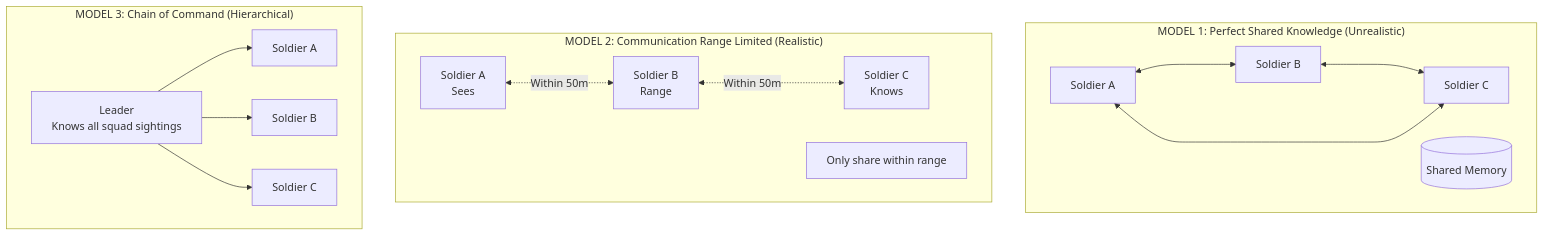
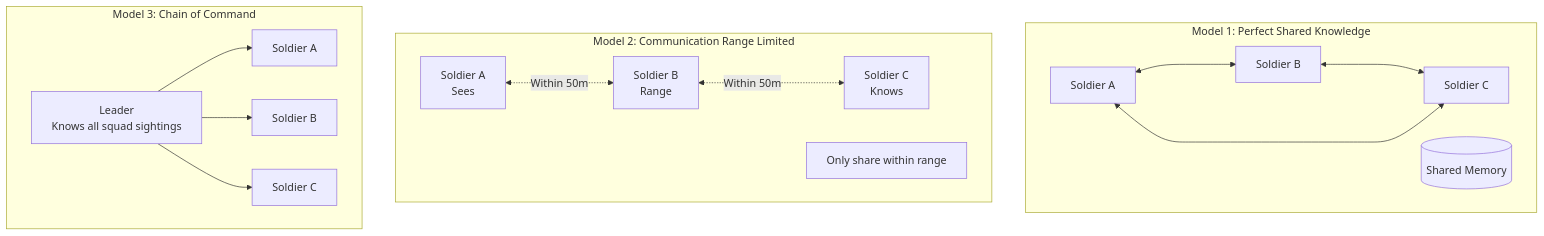
The fourth of 6 diagrams in chapter_14_ai_systems.md (jukofyork/close-combat-architecture-study), drawn with Mermaid before and after one commit. The commit also changed other lines of this file and 5 other files, not shown here.

````diff
--- a/chapter_14_ai_systems.md
+++ b/chapter_14_ai_systems.md
@@ -504,25 +504,25 @@
 ```mermaid
 flowchart TB
-    subgraph MODEL1["MODEL 1: Perfect Shared Knowledge (Unrealistic)"]
+    subgraph MODEL1["Model 1: Perfect Shared Knowledge"]
         A1[Soldier A] <---> B1[Soldier B]
         B1 <---> C1[Soldier C]
         A1 <---> C1
         SM1[(Shared Memory)]
     end
 
-    subgraph MODEL2["MODEL 2: Communication Range Limited (Realistic)"]
+    subgraph MODEL2["Model 2: Communication Range Limited"]
         A2[Soldier A<br>Sees] <-.->|Within 50m| B2[Soldier B<br>Range]
         B2 <-.->|Within 50m| C2[Soldier C<br>Knows]
         note["Only share within range"]
     end
 
-    subgraph MODEL3["MODEL 3: Chain of Command (Hierarchical)"]
+    subgraph MODEL3["Model 3: Chain of Command"]
         L[Leader<br>Knows all squad sightings]
         A3[Soldier A]
         B3[Soldier B]
         C3[Soldier C]
         L --> A3
         L --> B3
         L --> C3
     end
 ```
````
